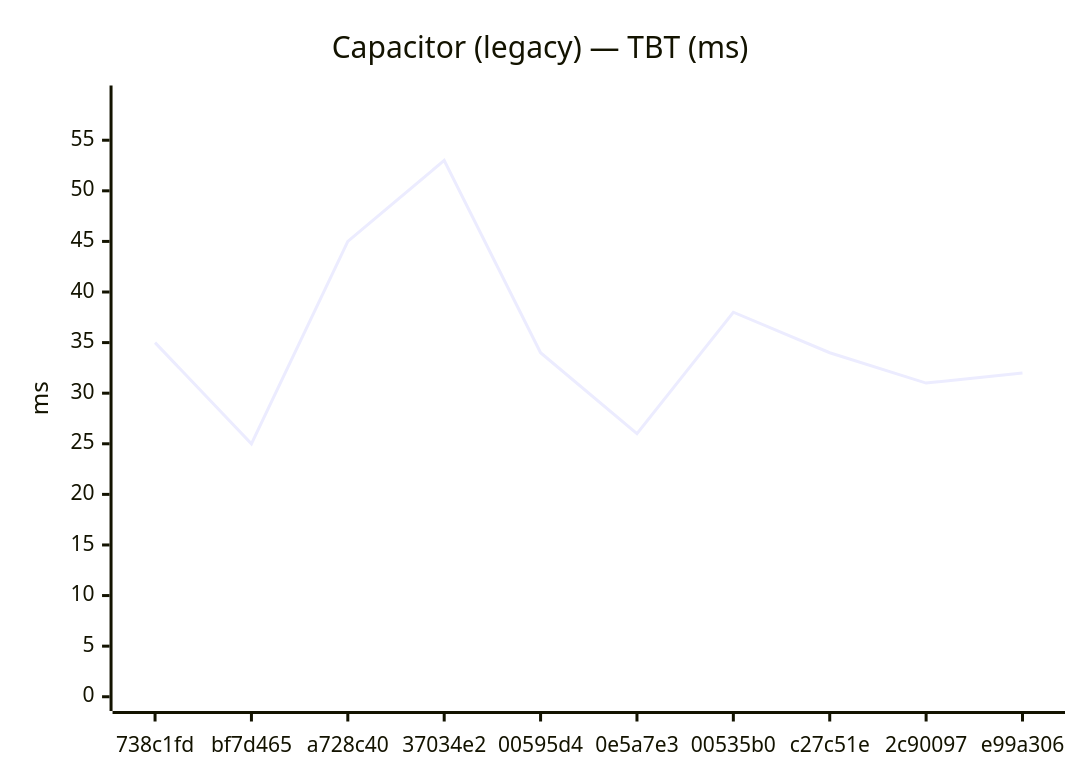
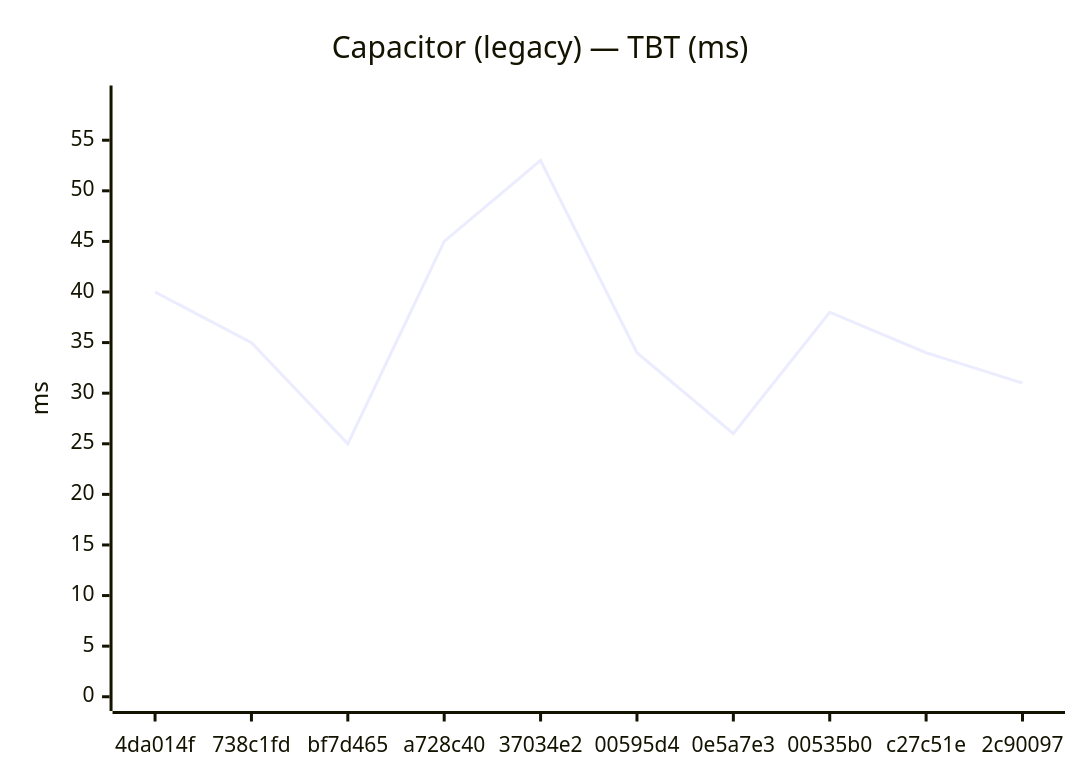
One commit to Metaheurist/Rianell changed the sixth of 24 diagrams in benchmarks/compare.md. Above: the diagram before and after it, drawn with Mermaid. The commit also changed other lines of this file and 13 other files, not shown here.

````diff
--- a/benchmarks/compare.md
+++ b/benchmarks/compare.md
@@ -91,7 +91,7 @@
 ```mermaid
 xychart-beta
     title "Capacitor (legacy) — TBT (ms)"
-    x-axis ["738c1fd", "bf7d465", "a728c40", "37034e2", "00595d4", "0e5a7e3", "00535b0", "c27c51e", "2c90097", "e99a306"]
+    x-axis ["4da014f", "738c1fd", "bf7d465", "a728c40", "37034e2", "00595d4", "0e5a7e3", "00535b0", "c27c51e", "2c90097"]
     y-axis "ms" 0 --> 59
-    line [35, 25, 45, 53, 34, 26, 38, 34, 31, 32]
+    line [40, 35, 25, 45, 53, 34, 26, 38, 34, 31]
 ```
````
